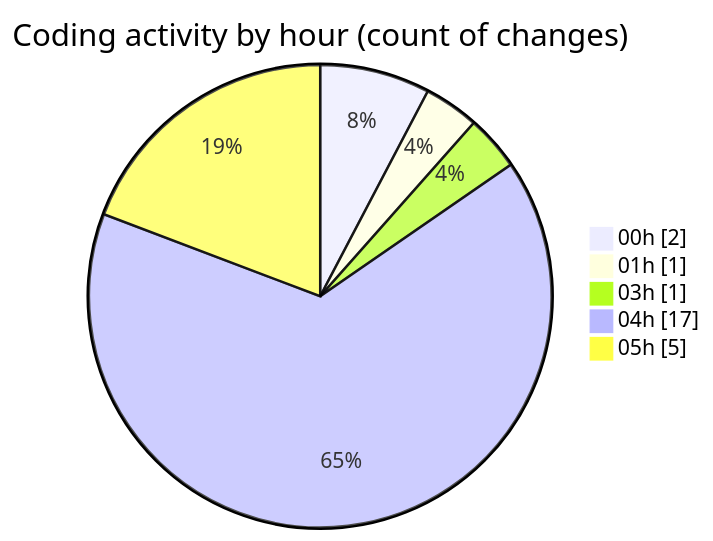
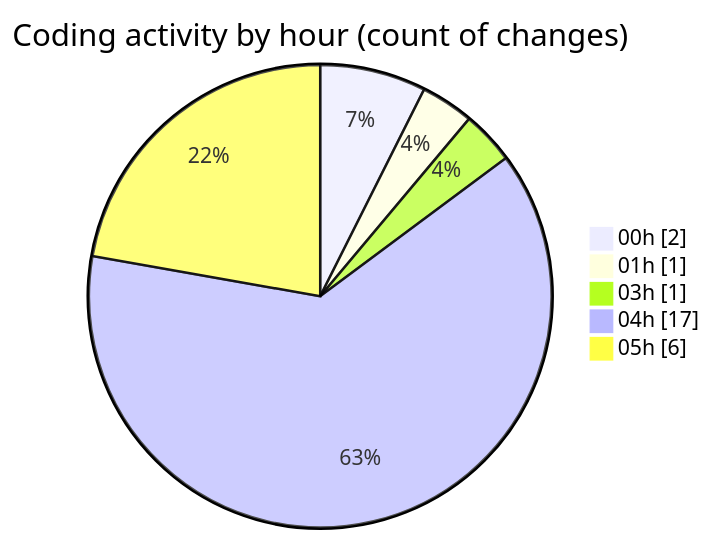
The second of 2 diagrams in 2025-11-14/eventscop-api-guide__workspace_/README.md (julien-gomy/code-tracking), drawn with Mermaid before and after one commit. The commit also changed other lines of this file and 1 other file, not shown here.

````diff
--- a/2025-11-14/eventscop-api-guide__workspace_/README.md
+++ b/2025-11-14/eventscop-api-guide__workspace_/README.md
@@ -36,9 +36,9 @@
 ```mermaid
 pie showData
 title Coding activity by hour (count of changes)
 "00h" : 2
 "01h" : 1
 "03h" : 1
 "04h" : 17
-"05h" : 5
+"05h" : 6
 ```
````
